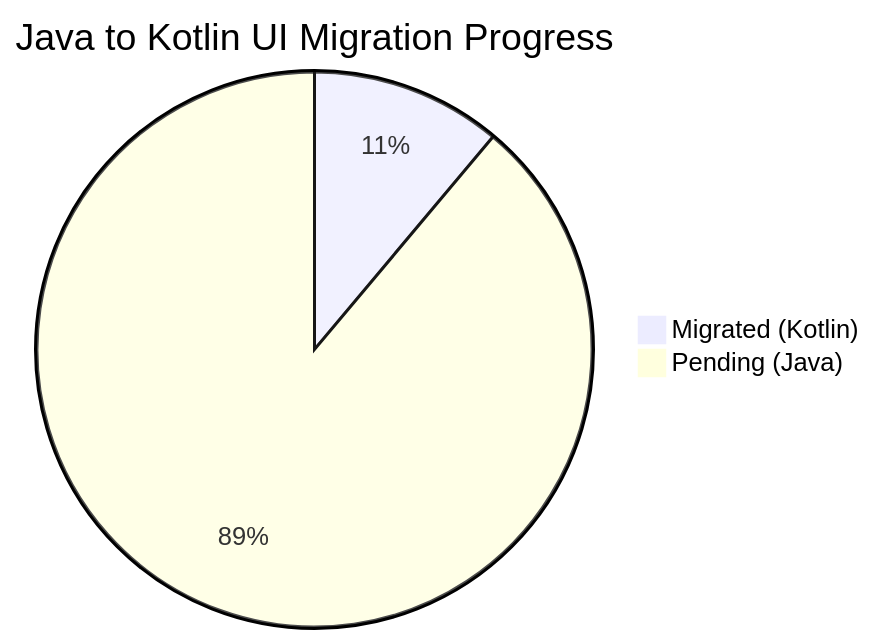
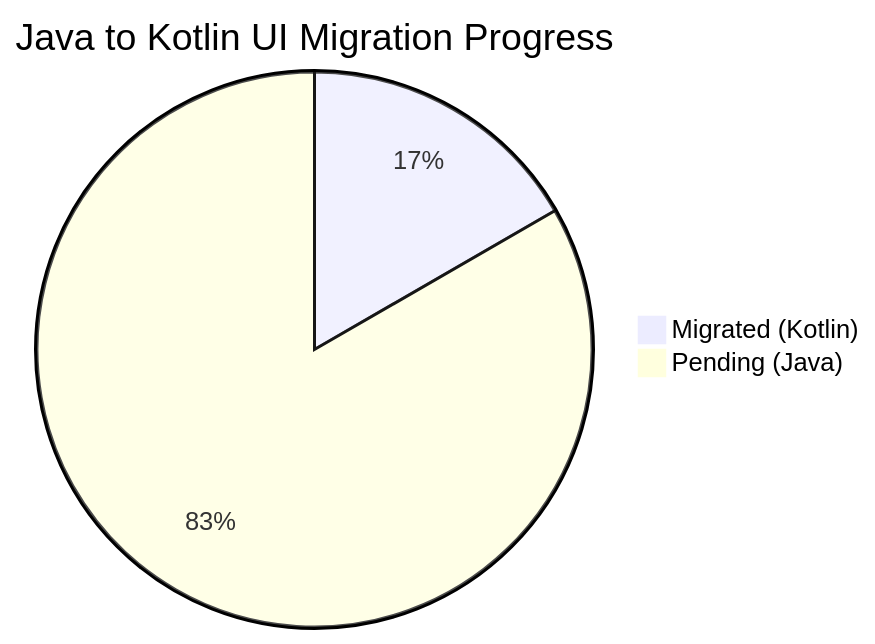
The second of 2 diagrams in README.md (solomonrajan/cashledger), drawn with Mermaid before and after one commit. The commit also changed other lines of this file and 4 other files, not shown here.

````diff
--- a/README.md
+++ b/README.md
@@ -158,5 +158,5 @@
 ```mermaid
 pie title Java to Kotlin UI Migration Progress
-    "Migrated (Kotlin)" : 4
-    "Pending (Java)" : 32
+    "Migrated (Kotlin)" : 6
+    "Pending (Java)" : 30
 ```
````
